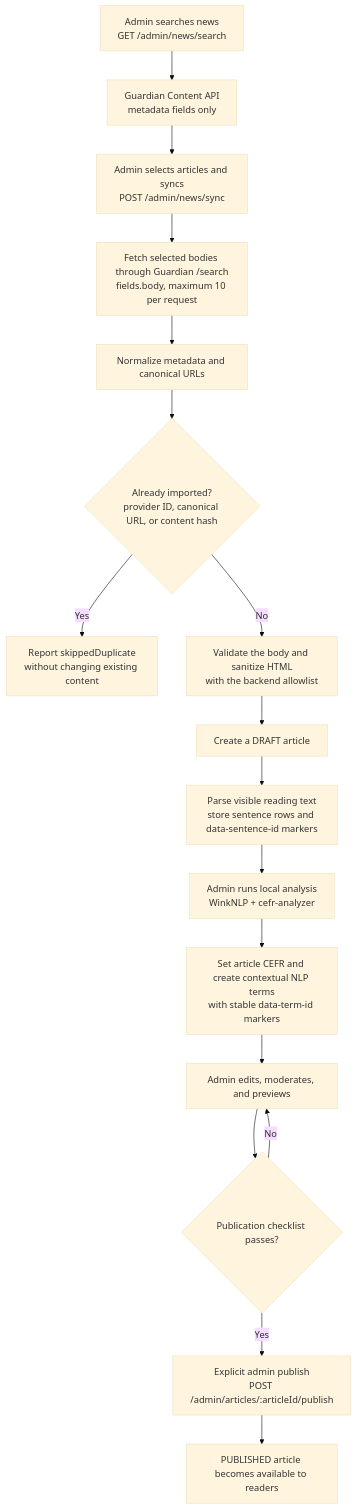
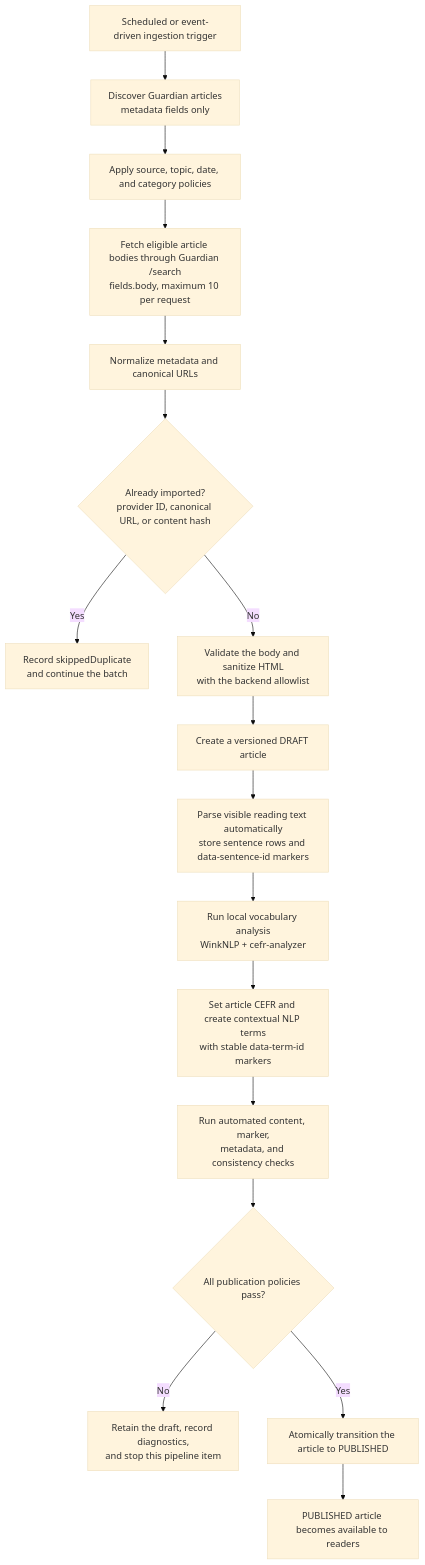
The first of 2 diagrams in README.md (gminh715/vocab-mate), drawn with Mermaid (base theme) before and after one commit. The commit also changed other lines of this file, not shown here.

````diff
--- a/README.md
+++ b/README.md
@@ -70,19 +70,19 @@
 ```mermaid
 flowchart TD
-    A["Admin searches news<br/>GET /admin/news/search"] --> B["Guardian Content API<br/>metadata fields only"]
-    B --> C["Admin selects articles and syncs<br/>POST /admin/news/sync"]
-    C --> D["Fetch selected bodies through Guardian /search<br/>fields.body, maximum 10 per request"]
+    A["Scheduled or event-driven ingestion trigger"] --> B["Discover Guardian articles<br/>metadata fields only"]
+    B --> C["Apply source, topic, date, and category policies"]
+    C --> D["Fetch eligible article bodies through Guardian /search<br/>fields.body, maximum 10 per request"]
     D --> E["Normalize metadata and canonical URLs"]
     E --> F{"Already imported?<br/>provider ID, canonical URL, or content hash"}
-    F -- Yes --> G["Report skippedDuplicate<br/>without changing existing content"]
+    F -- Yes --> G["Record skippedDuplicate<br/>and continue the batch"]
     F -- No --> H["Validate the body and sanitize HTML<br/>with the backend allowlist"]
-    H --> I["Create a DRAFT article"]
-    I --> J["Parse visible reading text<br/>store sentence rows and data-sentence-id markers"]
-    J --> K["Admin runs local analysis<br/>WinkNLP + cefr-analyzer"]
+    H --> I["Create a versioned DRAFT article"]
+    I --> J["Parse visible reading text automatically<br/>store sentence rows and data-sentence-id markers"]
+    J --> K["Run local vocabulary analysis<br/>WinkNLP + cefr-analyzer"]
     K --> L["Set article CEFR and create contextual NLP terms<br/>with stable data-term-id markers"]
-    L --> M["Admin edits, moderates, and previews"]
-    M --> N{"Publication checklist passes?"}
-    N -- No --> M
-    N -- Yes --> O["Explicit admin publish<br/>POST /admin/articles/:articleId/publish"]
+    L --> M["Run automated content, marker,<br/>metadata, and consistency checks"]
+    M --> N{"All publication policies pass?"}
+    N -- No --> Q["Retain the draft, record diagnostics,<br/>and stop this pipeline item"]
+    N -- Yes --> O["Atomically transition the article to PUBLISHED"]
     O --> P["PUBLISHED article becomes available to readers"]
 ```
````
